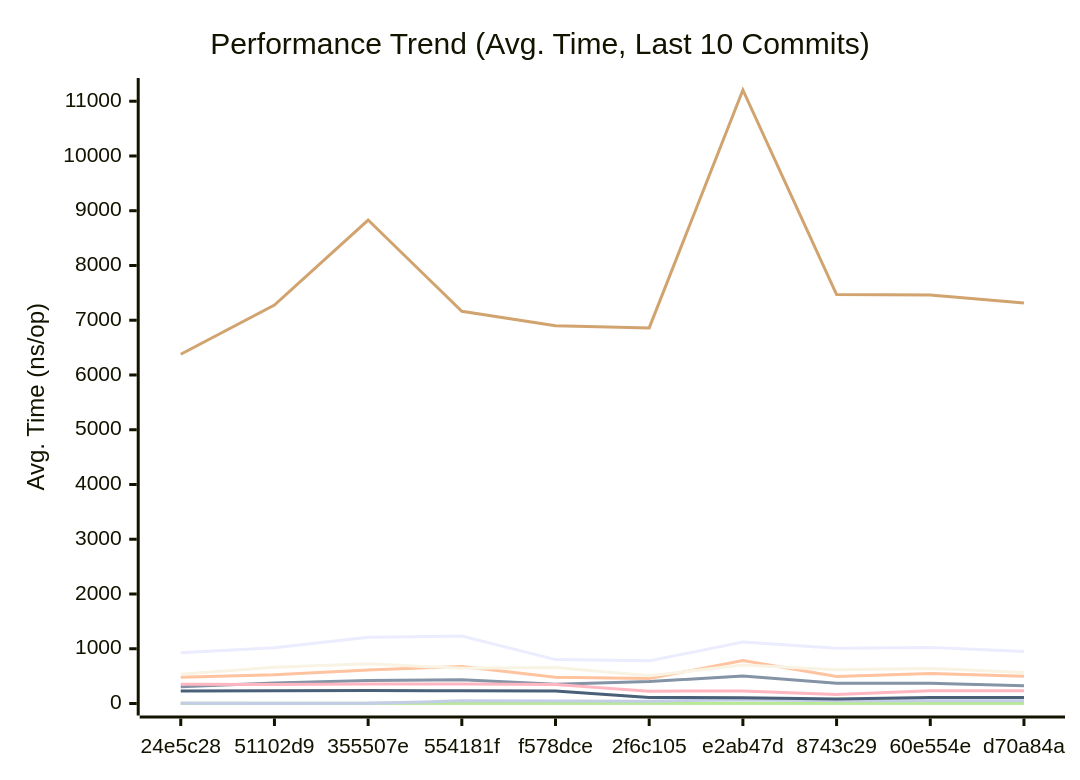
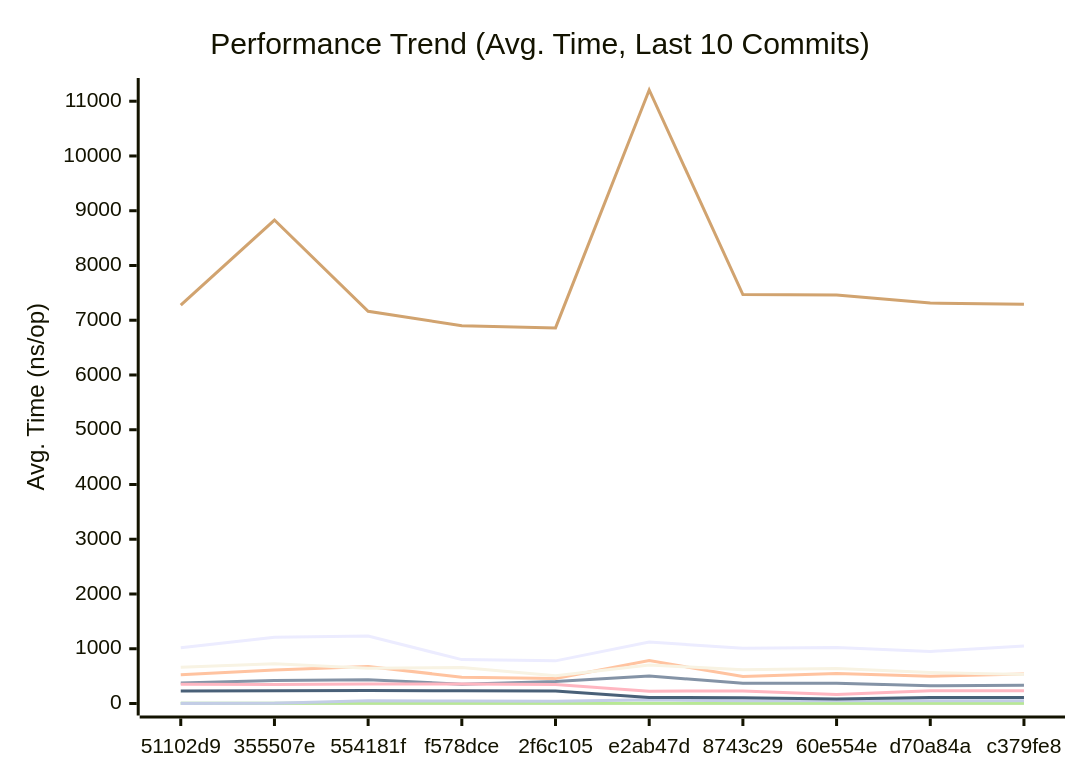
Before and after one commit to alsotoes/momo: the first of 3 diagrams in docs/PERFORMANCE.md, drawn with Mermaid. The commit also changed other lines of this file and 3 other files, not shown here.

````diff
--- a/docs/PERFORMANCE.md
+++ b/docs/PERFORMANCE.md
@@ -128,18 +128,18 @@
 ```mermaid
 xychart-beta
     title "Performance Trend (Avg. Time, Last 10 Commits)"
     x-axis "Commit"
     y-axis "Avg. Time (ns/op)"
-    x-axis [24e5c28,51102d9,355507e,554181f,f578dce,2f6c105,e2ab47d,8743c29,60e554e,d70a84a]
-    line "CheckMetricsAndSwap" [9,12,13,13,10,9,11,10,9,10]
-    line "CrushOptimized" [306,375,422,435,352,402,502,370,372,323]
-    line "CrushOriginal" [480,523,612,676,481,456,783,495,550,499]
-    line "IndexDirectTracking" [0,0,1,1,0,0,0,0,0,0]
-    line "IndexSearch" [3,4,3,4,3,3,3,3,3,4]
-    line "LoadGlobalConfig" [6379,7276,8830,7163,6898,6860,11205,7469,7459,7314]
-    line "PadString" [3,2,3,48,47,43,69,49,51,51]
+    x-axis [51102d9,355507e,554181f,f578dce,2f6c105,e2ab47d,8743c29,60e554e,d70a84a,c379fe8]
+    line "CheckMetricsAndSwap" [12,13,13,10,9,11,10,9,10,9]
+    line "CrushOptimized" [375,422,435,352,402,502,370,372,323,332]
+    line "CrushOriginal" [523,612,676,481,456,783,495,550,499,539]
+    line "IndexDirectTracking" [0,1,1,0,0,0,0,0,0,0]
+    line "IndexSearch" [4,3,4,3,3,3,3,3,4,3]
+    line "LoadGlobalConfig" [7276,8830,7163,6898,6860,11205,7469,7459,7314,7292]
+    line "PadString" [2,3,48,47,43,69,49,51,51,49]
     line "ParseReplicationOrder_NoPrealloc" [350,349,357,354,345,225,229,165,232,234]
     line "ParseReplicationOrder_Prealloc" [229,231,237,234,229,108,107,80,110,109]
-    line "SanitizeLog/Safe" [535,663,724,642,658,507,704,615,640,566]
-    line "SanitizeLog/Unsafe" [926,1017,1209,1232,802,779,1122,1010,1023,951]
+    line "SanitizeLog/Safe" [663,724,642,658,507,704,615,640,566,529]
+    line "SanitizeLog/Unsafe" [1017,1209,1232,802,779,1122,1010,1023,951,1050]
 ```
````
